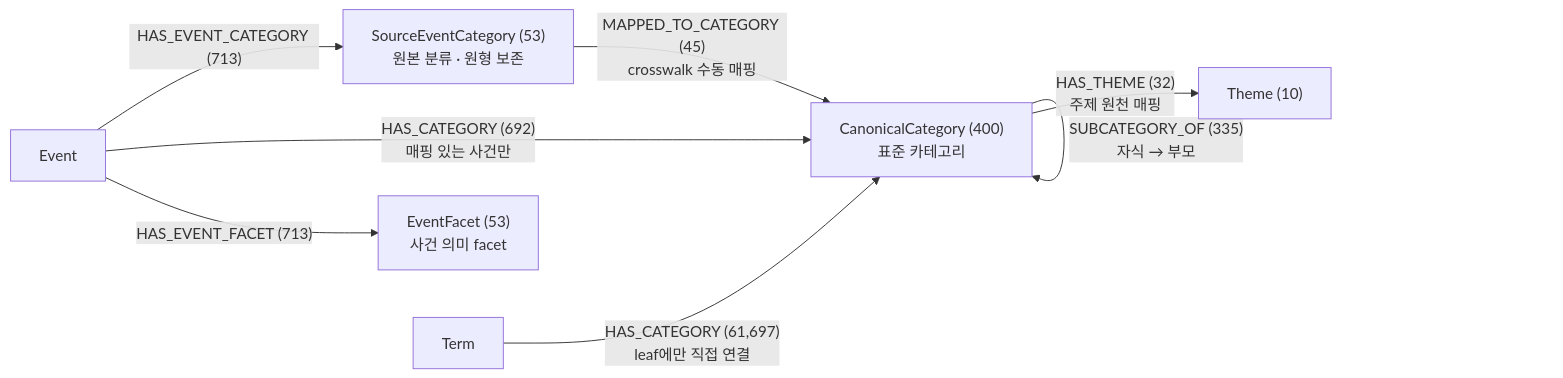
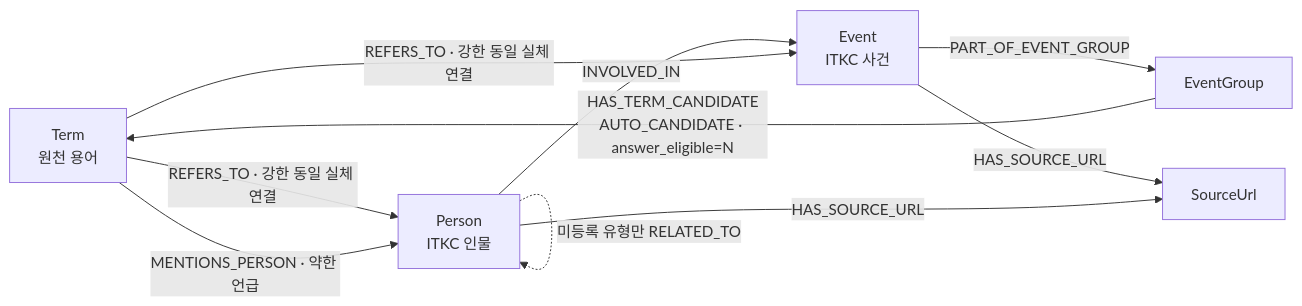
The third of 5 diagrams in docs/neo4j/neo4j_그래프_스키마_mermaid.md (SKNETWORKS-FAMILY-AICAMP/SKN27-FINAL-2Team), drawn with Mermaid before and after one commit. The commit also changed other lines of this file and 24 other files, not shown here.

````diff
--- a/docs/neo4j/neo4j_그래프_스키마_mermaid.md
+++ b/docs/neo4j/neo4j_그래프_스키마_mermaid.md
@@ -138,17 +116,19 @@
 ```mermaid
 flowchart LR
-    Term["Term"]
-    Event["Event"]
-    SourceCat["SourceEventCategory (53)<br/>원본 분류 · 원형 보존"]
-    Category["CanonicalCategory (400)<br/>표준 카테고리"]
-    EventFacet["EventFacet (53)<br/>사건 의미 facet"]
-    Theme["Theme (10)"]
+    Term["Term<br/>원천 용어"]
+    Event["Event<br/>ITKC 사건"]
+    Person["Person<br/>ITKC 인물"]
+    EventGroup["EventGroup"]
+    SourceUrl["SourceUrl"]
 
-    Event -->|"HAS_EVENT_CATEGORY (713)"| SourceCat
-    SourceCat -->|"MAPPED_TO_CATEGORY (45)<br/>crosswalk 수동 매핑"| Category
-    Event -->|"HAS_CATEGORY (692)<br/>매핑 있는 사건만"| Category
-    Event -->|"HAS_EVENT_FACET (713)"| EventFacet
-    Term -->|"HAS_CATEGORY (61,697)<br/>leaf에만 직접 연결"| Category
-    Category -->|"SUBCATEGORY_OF (335)<br/>자식 → 부모"| Category
-    Category -->|"HAS_THEME (32)<br/>주제 원천 매핑"| Theme
+    Person -->|"INVOLVED_IN"| Event
+    Person -->|"16개 typed 인물 관계"| Person
+    Person -.->|"미등록 유형만 RELATED_TO"| Person
+    Term -->|"REFERS_TO · 강한 동일 실체 연결"| Person
+    Term -->|"REFERS_TO · 강한 동일 실체 연결"| Event
+    Term -->|"MENTIONS_PERSON · 약한 언급"| Person
+    Event -->|"PART_OF_EVENT_GROUP"| EventGroup
+    EventGroup -->|"HAS_TERM_CANDIDATE<br/>AUTO_CANDIDATE · answer_eligible=N"| Term
+    Event -->|"HAS_SOURCE_URL"| SourceUrl
+    Person -->|"HAS_SOURCE_URL"| SourceUrl
 ```
````
